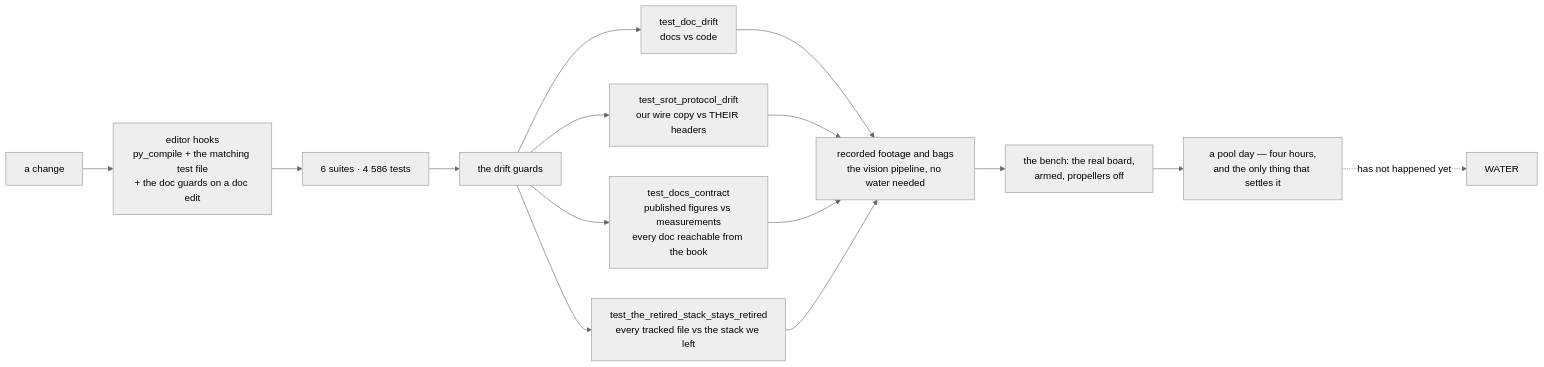
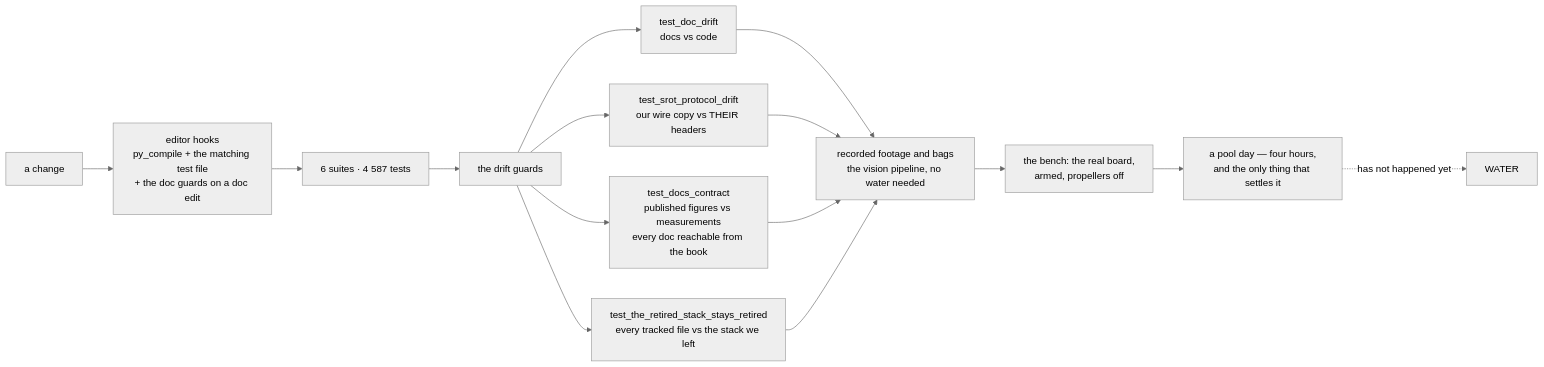
The ninth of 10 diagrams in README.md (fh1m/mongla_ws), drawn with Mermaid (neutral theme) before and after one commit. The commit also changed other lines of this file and 20 other files, not shown here.

````diff
--- a/README.md
+++ b/README.md
@@ -816,17 +817,17 @@
 ```mermaid
 flowchart LR
     DEV["a change"] --> HOOK["editor hooks<br/>py_compile + the matching test file<br/>+ the doc guards on a doc edit"]
-    HOOK --> UNIT["6 suites · 4 586 tests"]
+    HOOK --> UNIT["6 suites · 4 587 tests"]
     UNIT --> GUARD["the drift guards"]
     GUARD --> G1["test_doc_drift<br/>docs vs code"]
     GUARD --> G2["test_srot_protocol_drift<br/>our wire copy vs THEIR headers"]
     GUARD --> G3["test_docs_contract<br/>published figures vs measurements<br/>every doc reachable from the book"]
     GUARD --> G4["test_the_retired_stack_stays_retired<br/>every tracked file vs the stack we left"]
     G1 --> REPLAY["recorded footage and bags<br/>the vision pipeline, no water needed"]
     G2 --> REPLAY
     G3 --> REPLAY
     G4 --> REPLAY
     REPLAY --> BENCH["the bench: the real board,<br/>armed, propellers off"]
     BENCH --> POOL["a pool day — four hours,<br/>and the only thing that settles it"]
     POOL -.->|"has not happened yet"| WATER["WATER"]
 ```
````
